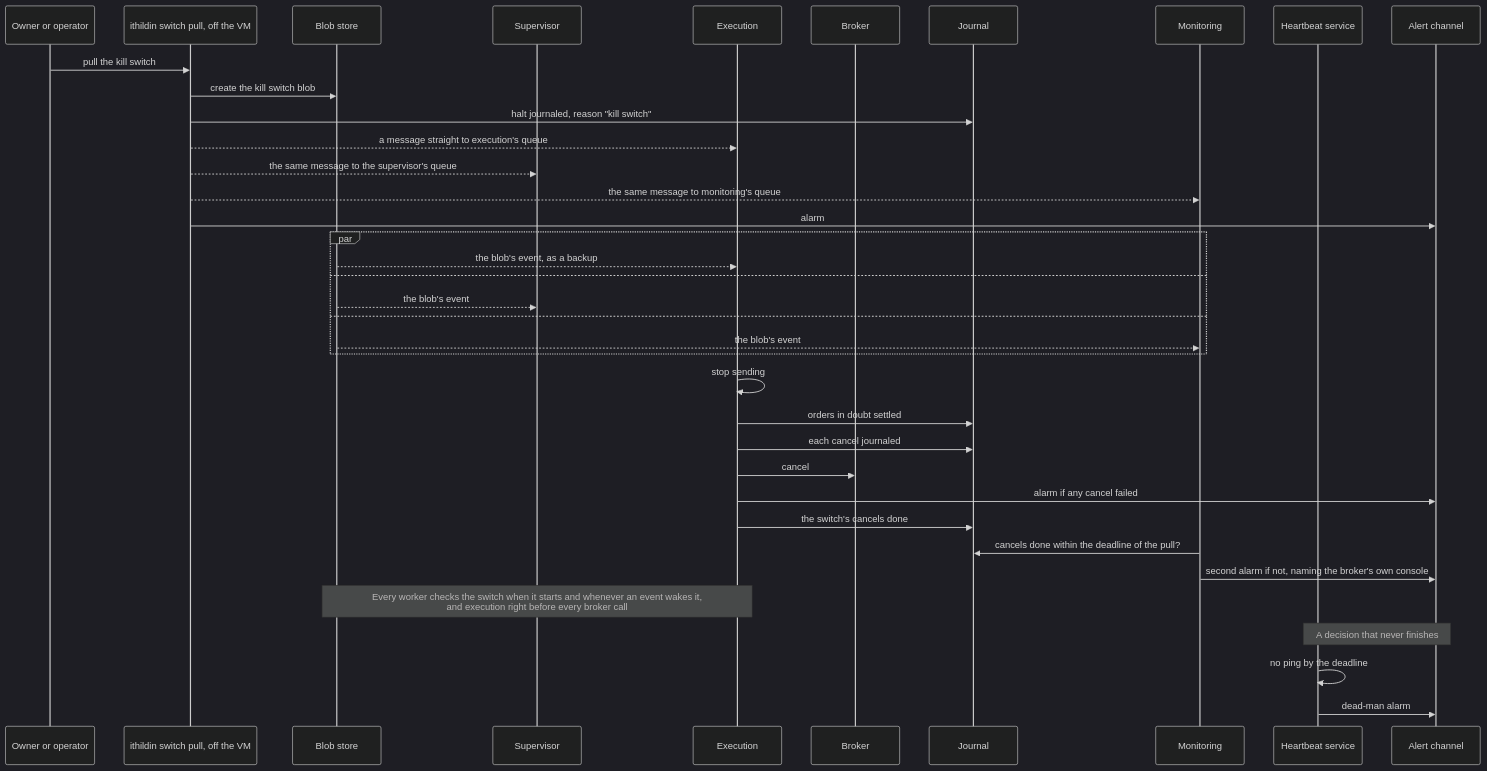
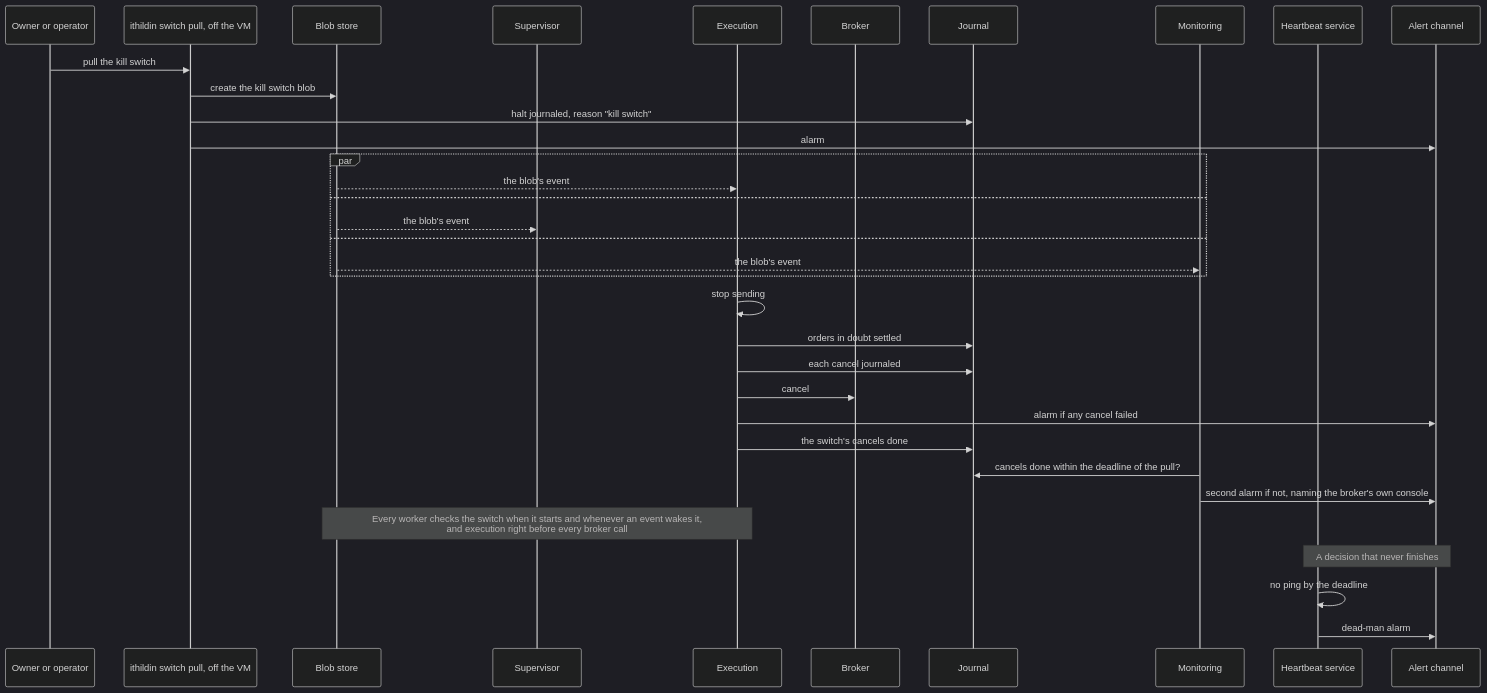
The ninth of 16 diagrams in docs/architecture.md (l3a0/ithildin-runtime), drawn with Mermaid (dark theme) before and after one commit. The commit also changed other lines of this file and 1 other file, not shown here.

````diff
--- a/docs/architecture.md
+++ b/docs/architecture.md
@@ -848,41 +848,38 @@
 ```mermaid
 sequenceDiagram
     participant P as Owner or operator
     participant K as ithildin switch pull, off the VM
     participant F as Blob store
     participant V as Supervisor
     participant X as Execution
     participant B as Broker
     participant J as Journal
     participant M as Monitoring
     participant H as Heartbeat service
     participant A as Alert channel
 
     P->>K: pull the kill switch
     K->>F: create the kill switch blob
     K->>J: halt journaled, reason "kill switch"
-    K-->>X: a message straight to execution's queue
-    K-->>V: the same message to the supervisor's queue
-    K-->>M: the same message to monitoring's queue
     K->>A: alarm
     par
-        F-->>X: the blob's event, as a backup
+        F-->>X: the blob's event
     and
         F-->>V: the blob's event
     and
         F-->>M: the blob's event
     end
     X->>X: stop sending
     X->>J: orders in doubt settled
     X->>J: each cancel journaled
     X->>B: cancel
     X->>A: alarm if any cancel failed
     X->>J: the switch's cancels done
     M->>J: cancels done within the deadline of the pull?
     M->>A: second alarm if not, naming the broker's own console
     Note over F,X: Every worker checks the switch when it starts and whenever an event wakes it,<br/>and execution right before every broker call
 
     Note over H,A: A decision that never finishes
     H->>H: no ping by the deadline
     H->>A: dead-man alarm
 ```
````
